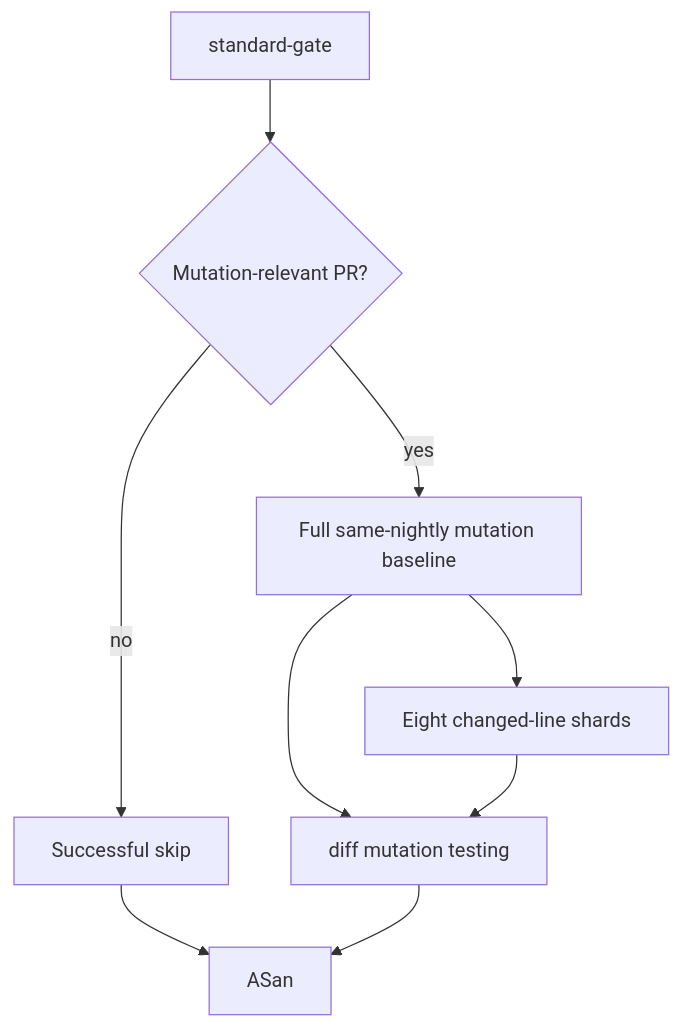
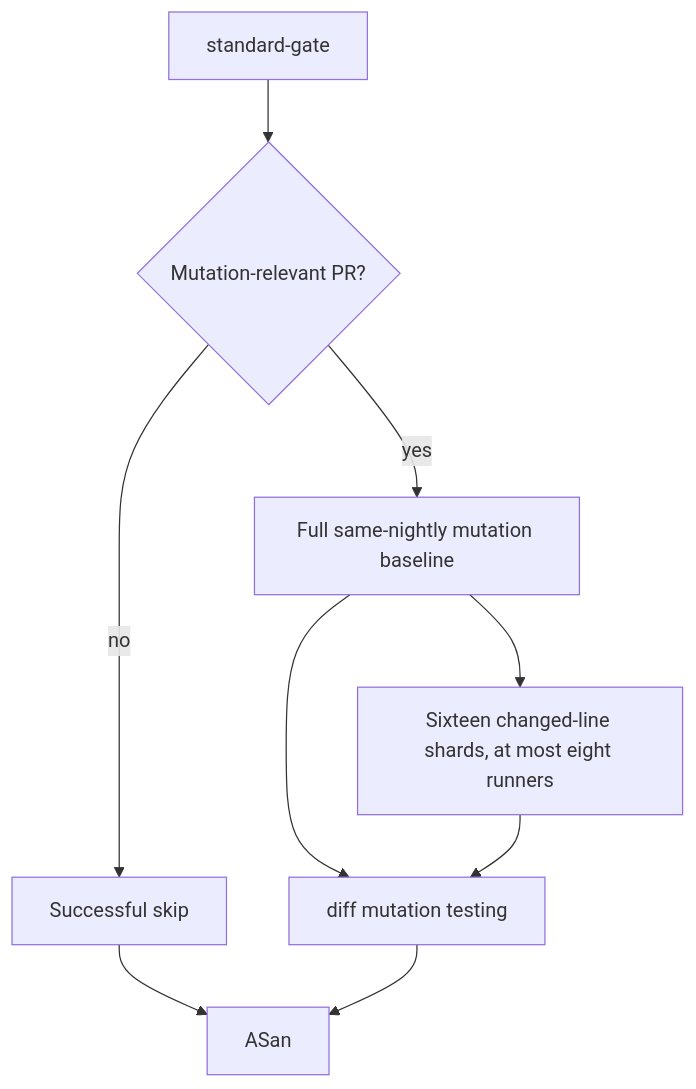
One commit to arceushui/pigloros changed the ninth of 14 diagrams in CONTRIBUTING.md. Above: the diagram before and after it, drawn with Mermaid. The commit also changed other lines of this file and 2 other files, not shown here.

Commit message:
ci: balance mutation workers and complete smaller shards (#561)

````diff
--- a/CONTRIBUTING.md
+++ b/CONTRIBUTING.md
@@ -284,11 +289,11 @@
 ```mermaid
 flowchart TD
     G["standard-gate"] --> R{"Mutation-relevant PR?"}
     R -->|"no"| S["Successful skip"]
     R -->|"yes"| B["Full same-nightly mutation baseline"]
-    B --> M["Eight changed-line shards"]
+    B --> M["Sixteen changed-line shards, at most eight runners"]
     B --> MG["diff mutation testing"]
     M --> MG["diff mutation testing"]
     S --> A["ASan"]
     MG --> A
 ```
````
